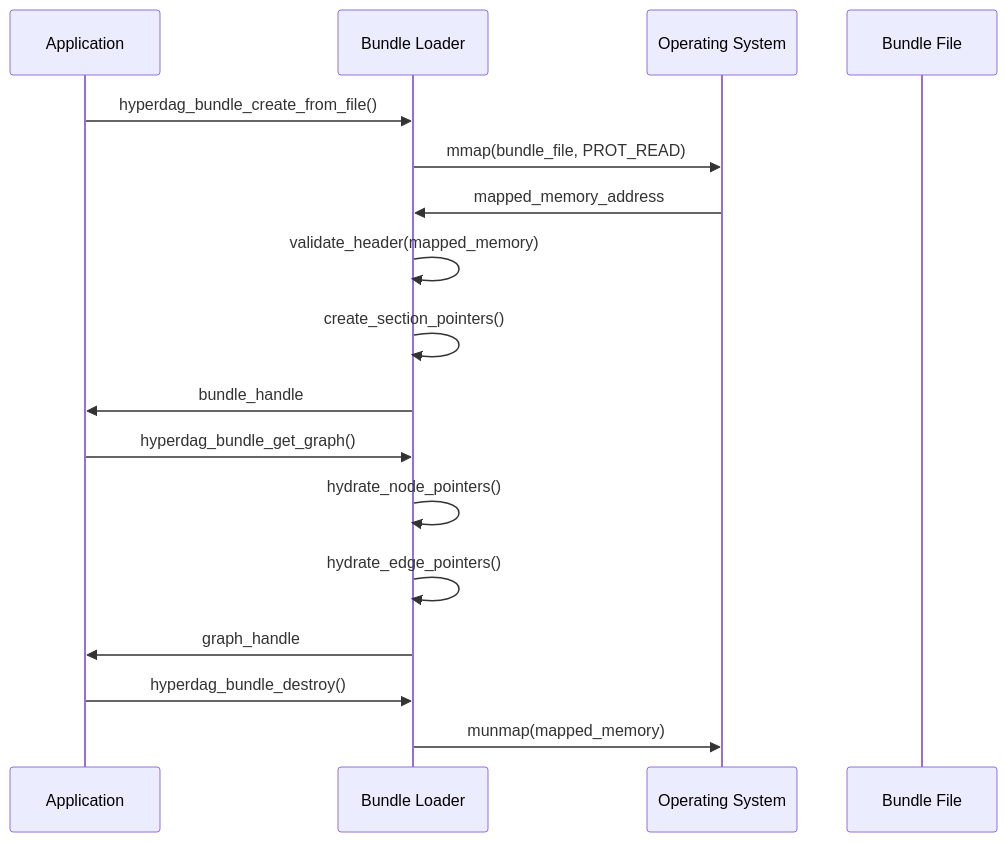
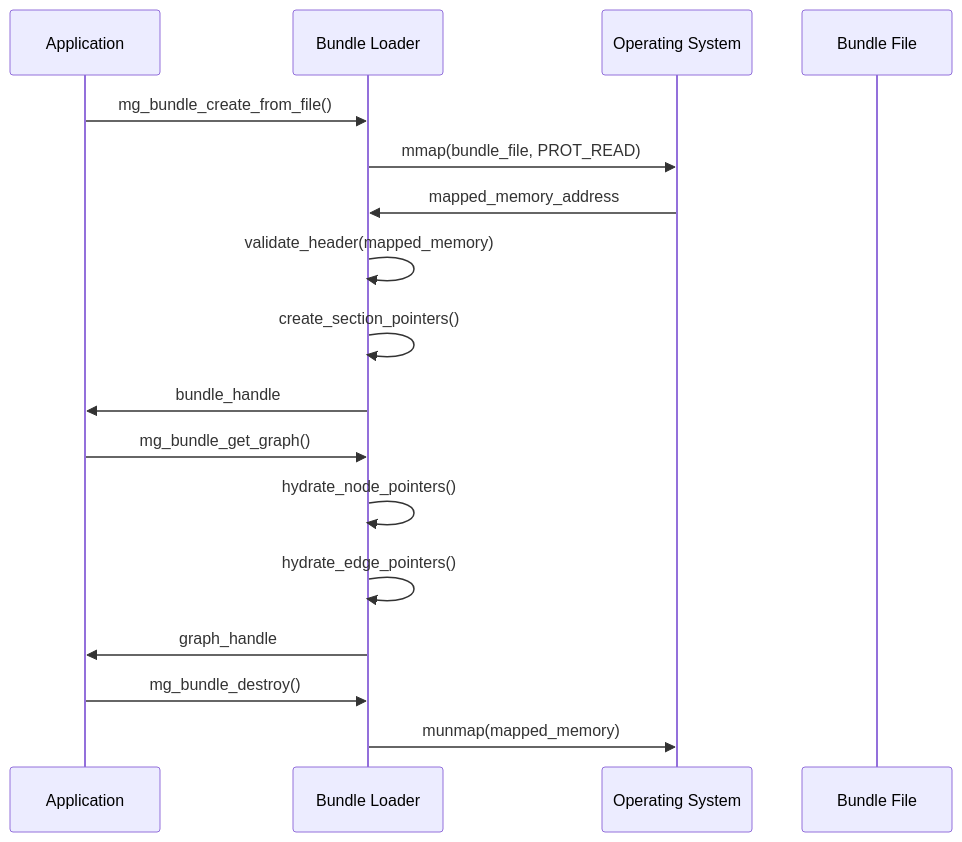
One commit to hyperdag/core changed the third of 3 diagrams in docs/features/F002-binary-bundle-format.md. Above: the diagram before and after it, drawn with Mermaid. The commit also changed other lines of this file and 59 other files, not shown here.

````diff
--- a/docs/features/F002-binary-bundle-format.md
+++ b/docs/features/F002-binary-bundle-format.md
@@ -289,22 +289,22 @@
 ```mermaid
 sequenceDiagram
     participant App as Application
     participant Bundle as Bundle Loader
     participant OS as Operating System
     participant File as Bundle File
-    
-    App->>Bundle: hyperdag_bundle_create_from_file()
+
+    App->>Bundle: mg_bundle_create_from_file()
     Bundle->>OS: mmap(bundle_file, PROT_READ)
     OS->>Bundle: mapped_memory_address
     Bundle->>Bundle: validate_header(mapped_memory)
     Bundle->>Bundle: create_section_pointers()
     Bundle->>App: bundle_handle
-    
-    App->>Bundle: hyperdag_bundle_get_graph()
+
+    App->>Bundle: mg_bundle_get_graph()
     Bundle->>Bundle: hydrate_node_pointers()
     Bundle->>Bundle: hydrate_edge_pointers()
     Bundle->>App: graph_handle
-    
-    App->>Bundle: hyperdag_bundle_destroy()
+
+    App->>Bundle: mg_bundle_destroy()
     Bundle->>OS: munmap(mapped_memory)
 ```
````
